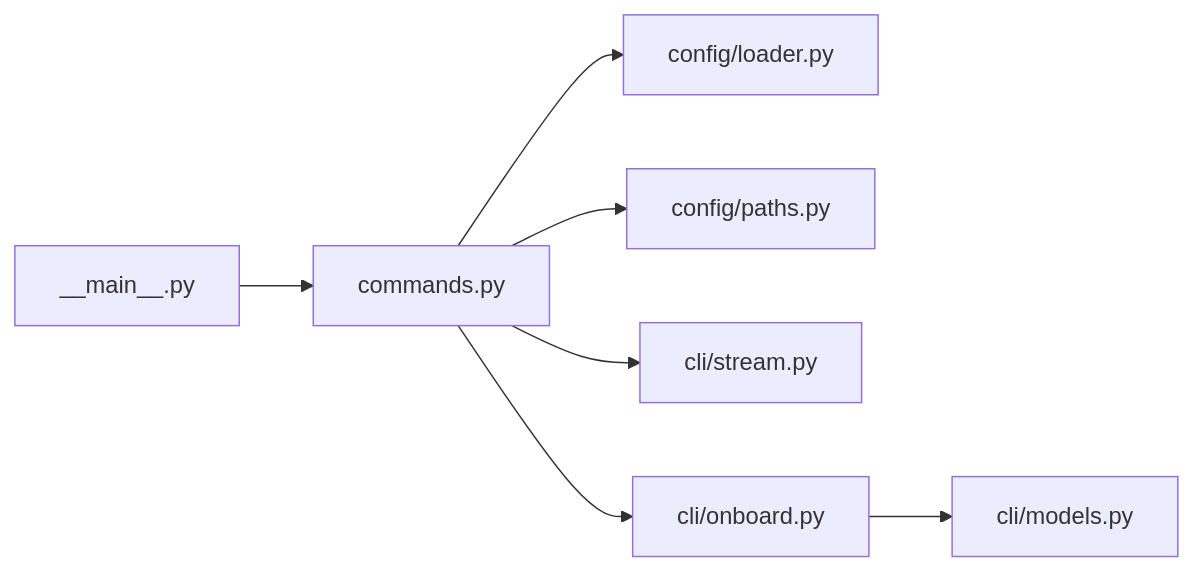
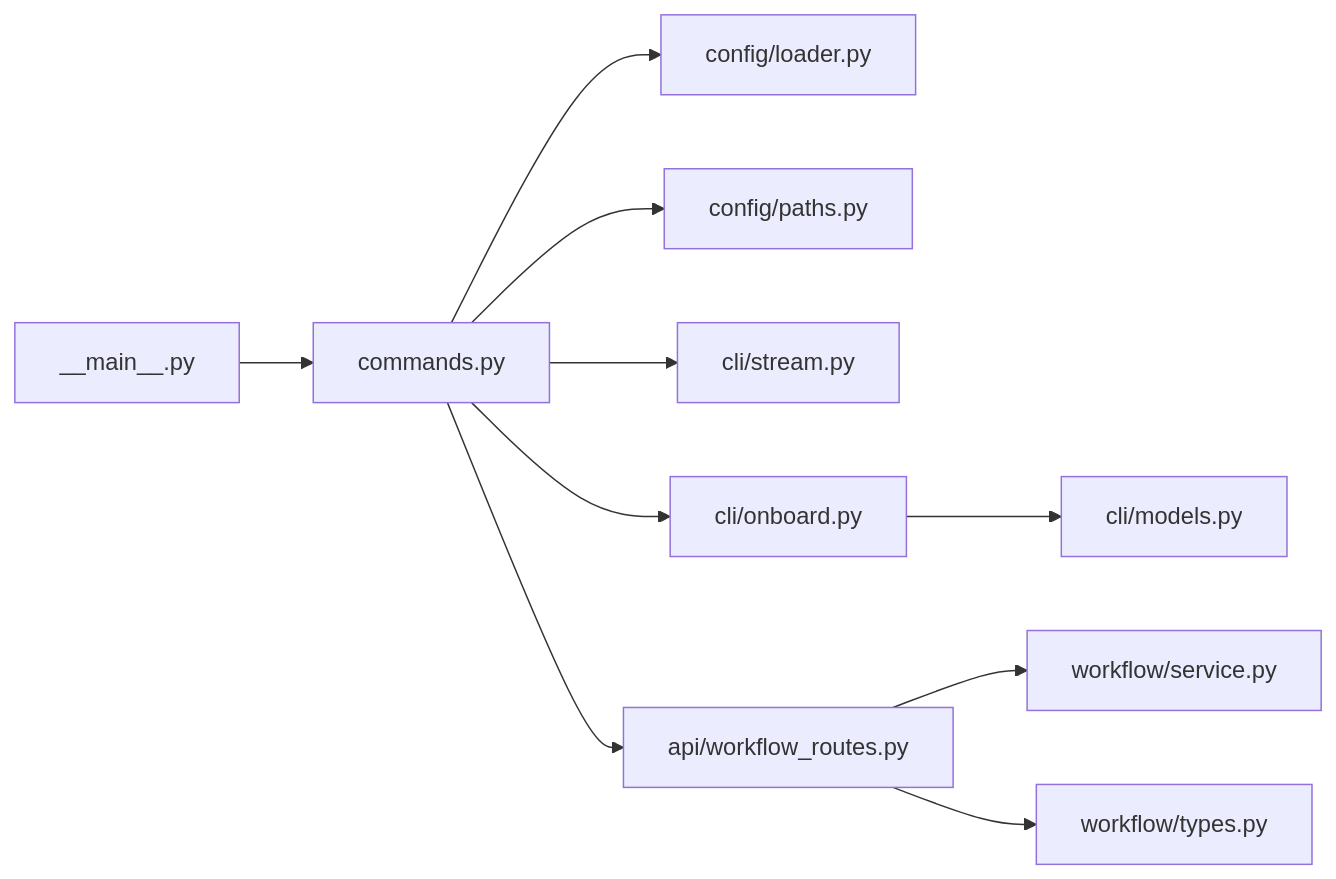
One commit to gongzeq/VAPT3 changed the fourth of 4 diagrams in .qoder/repowiki/zh/content/API服务设计/CLI命令系统.md. Above: the diagram before and after it, drawn with Mermaid. The commit also changed other lines of this file and 33 other files, not shown here.

````diff
--- a/.qoder/repowiki/zh/content/API服务设计/CLI命令系统.md
+++ b/.qoder/repowiki/zh/content/API服务设计/CLI命令系统.md
@@ -308,9 +394,12 @@
 ```mermaid
 graph LR
 CMD["commands.py"] --> LOADER["config/loader.py"]
 CMD --> PATHS["config/paths.py"]
 CMD --> STREAM["cli/stream.py"]
 CMD --> ONBOARD["cli/onboard.py"]
 ONBOARD --> MODELS["cli/models.py"]
+CMD --> WORKFLOW_ROUTES["api/workflow_routes.py"]
+WORKFLOW_ROUTES --> WORKFLOW_SERVICE["workflow/service.py"]
+WORKFLOW_ROUTES --> WORKFLOW_TYPES["workflow/types.py"]
 MAIN["__main__.py"] --> CMD
 ```
````
